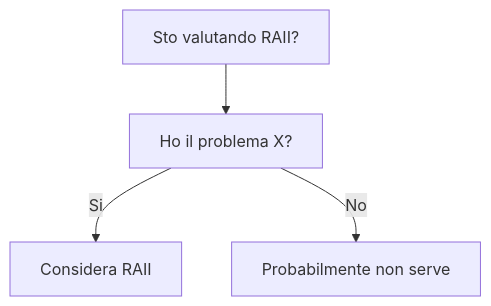
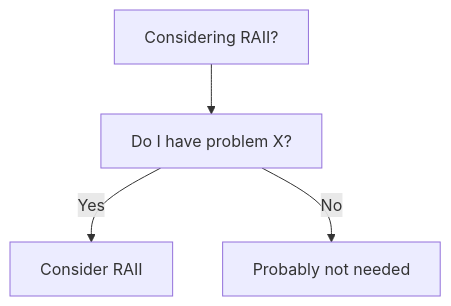
Before and after one commit to HxT9/Software-Dev-Wiki: the diagram in dev-wiki/14_Languages/Cpp/RAII/When_To_Use.md, drawn with Mermaid. The commit also changed other lines of this file and 3444 other files, not shown here.

````diff
--- a/dev-wiki/14_Languages/Cpp/RAII/When_To_Use.md
+++ b/dev-wiki/14_Languages/Cpp/RAII/When_To_Use.md
@@ -19,6 +19,6 @@
 ```mermaid
 flowchart TD
-  Q[Sto valutando RAII?] --> Q1[Ho il problema X?]
-  Q1 -->|Si| OK[Considera RAII]
-  Q1 -->|No| NO[Probabilmente non serve]
+  Q[Considering RAII?] --> Q1[Do I have problem X?]
+  Q1 -->|Yes| OK[Consider RAII]
+  Q1 -->|No| NO[Probably not needed]
 ```
````
